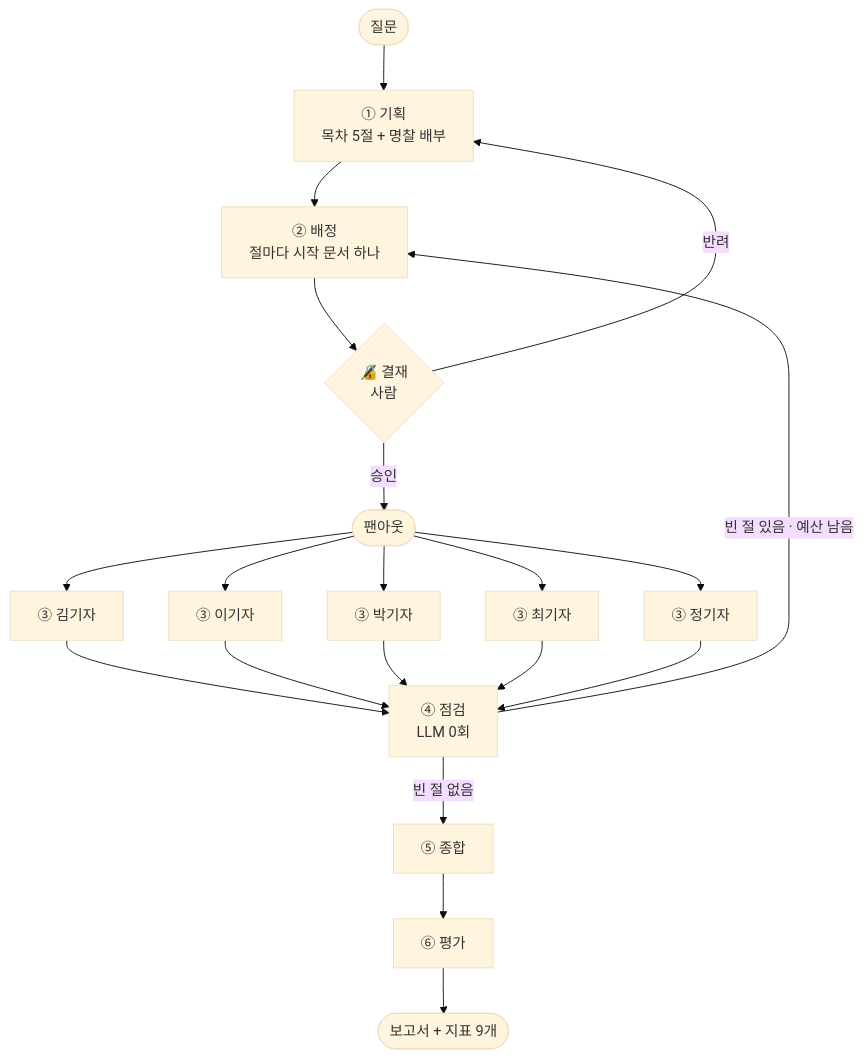
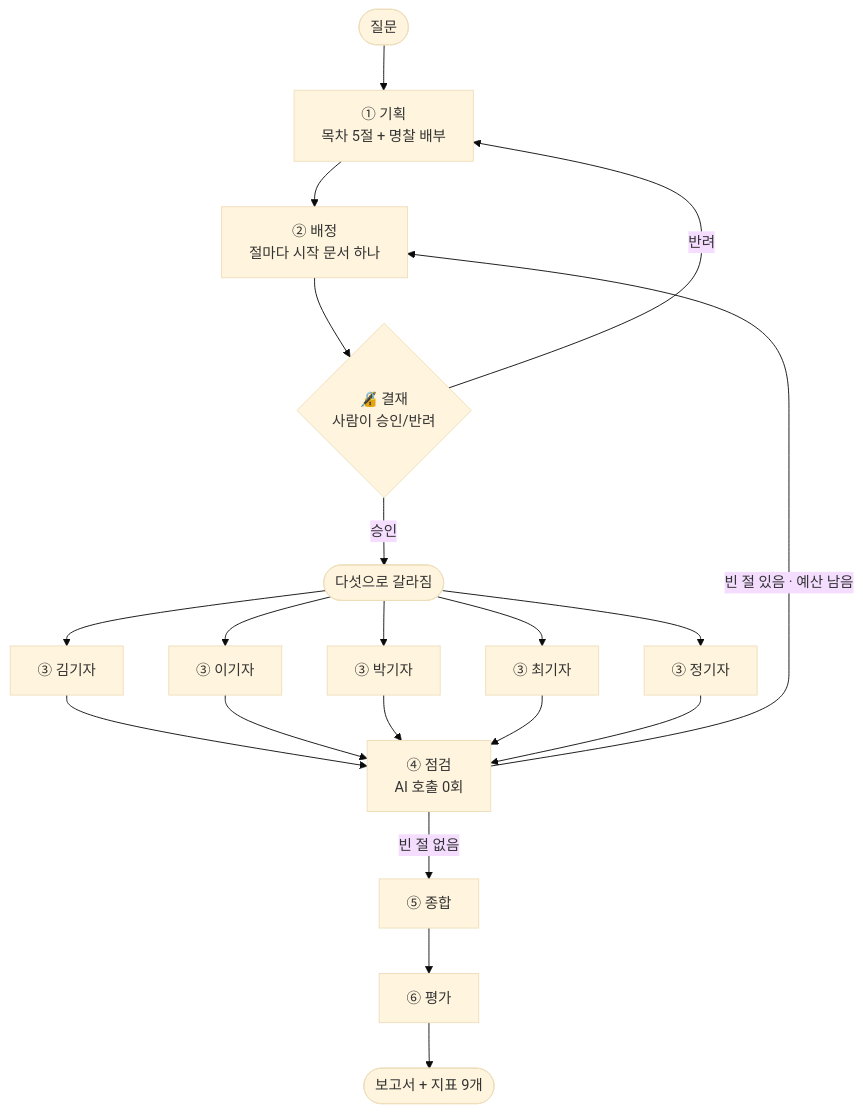
Before and after one commit to elfinnani-byte/mcu-deep-research: the diagram in REPORT.md, drawn with Mermaid (base theme). The commit also changed other lines of this file and 1 other file, not shown here.

````diff
--- a/REPORT.md
+++ b/REPORT.md
@@ -84,22 +165,22 @@
 ```mermaid
 flowchart TD
   START([질문]) --> P["① 기획<br/>목차 5절 + 명찰 배부"]
   P --> D["② 배정<br/>절마다 시작 문서 하나"]
-  D --> G{"🔏 결재<br/>사람"}
+  D --> G{"🔏 결재<br/>사람이 승인/반려"}
   G -- 반려 --> P
-  G -- 승인 --> F(["팬아웃"])
+  G -- 승인 --> F(["다섯으로 갈라짐"])
   F --> R1["③ 김기자"]
   F --> R2["③ 이기자"]
   F --> R3["③ 박기자"]
   F --> R4["③ 최기자"]
   F --> R5["③ 정기자"]
-  R1 --> V["④ 점검<br/>LLM 0회"]
+  R1 --> V["④ 점검<br/>AI 호출 0회"]
   R2 --> V
   R3 --> V
   R4 --> V
   R5 --> V
   V -- "빈 절 있음 · 예산 남음" --> D
   V -- 빈 절 없음 --> Y["⑤ 종합"]
   Y --> E["⑥ 평가"]
   E --> END([보고서 + 지표 9개])
 ```
````
